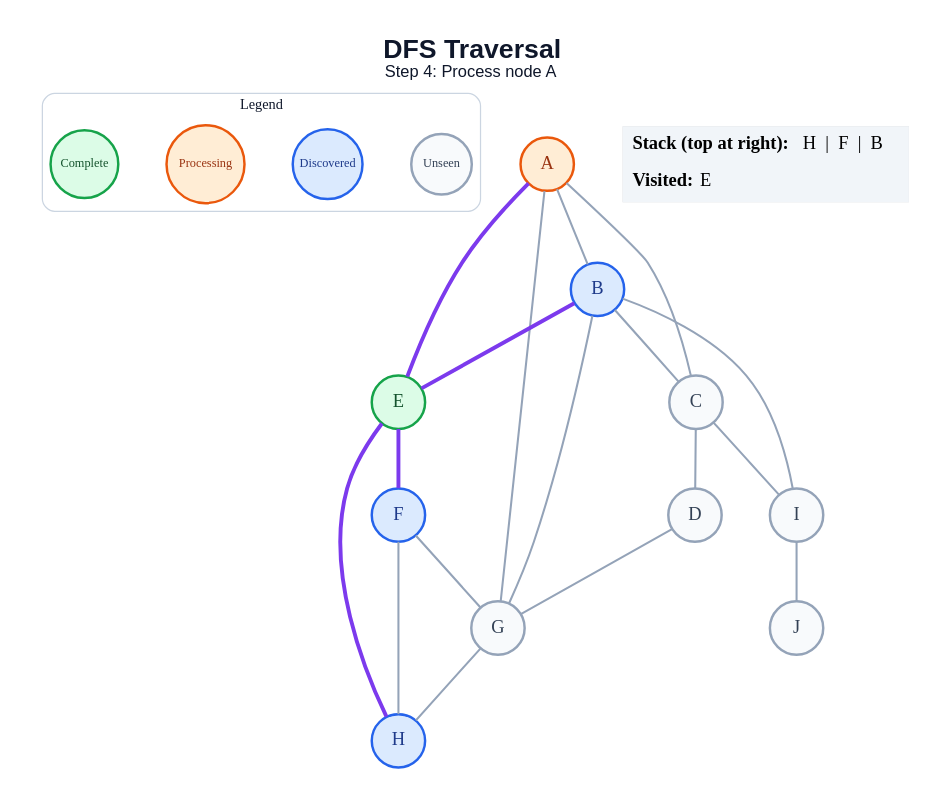
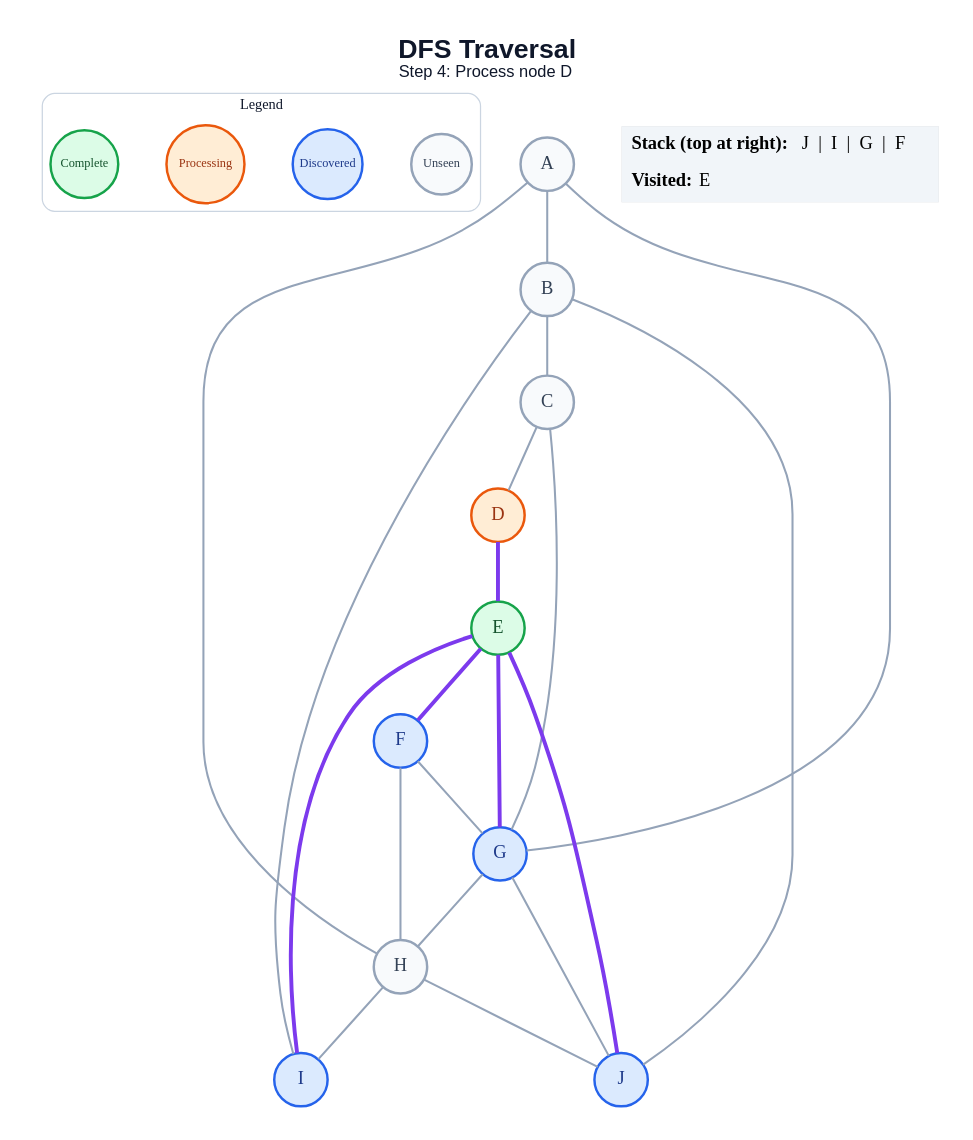
Before and after one commit to anon7238593-create/ai-slop: the diagram in generated/specific-node/dfs/step_04.dot, drawn with Graphviz. The commit also changed 178 other files, not shown here.

```diff
--- a/generated/specific-node/dfs/step_04.dot
+++ b/generated/specific-node/dfs/step_04.dot
@@ -1,46 +1,48 @@
 graph traversal {
   graph [layout=dot, rankdir=TB, bgcolor="#FFFFFF", pad="0.35", nodesep="0.65", ranksep="0.8", fontname="Arial"];
   node [shape=circle, style="filled", fontname="Arial Bold", fontsize=18, width=0.72, fixedsize=true, penwidth=2.4];
   edge [color="#94A3B8", penwidth=2.0];
-  label=<<B>DFS Traversal</B><BR/><FONT POINT-SIZE="16">Step 4: Process node A</FONT>>; labelloc="t"; fontsize=26; fontname="Arial"; fontcolor="#0F172A";
+  label=<<B>DFS Traversal</B><BR/><FONT POINT-SIZE="16">Step 4: Process node D</FONT>>; labelloc="t"; fontsize=26; fontname="Arial"; fontcolor="#0F172A";
   subgraph cluster_legend { label="Legend"; color="#CBD5E1"; penwidth=1.2; style="rounded"; fontsize=14; fontname="Arial Bold";
     key_unseen [label="Unseen", fillcolor="#F8FAFC", color="#94A3B8", fontcolor="#334155", fontsize=12, width=0.82];
     key_frontier [label="Discovered", fillcolor="#DBEAFE", color="#2563EB", fontcolor="#1E3A8A", fontsize=12, width=0.95];
     key_current [label="Processing", fillcolor="#FFEDD5", color="#EA580C", fontcolor="#9A3412", fontsize=12, width=1.05];
     key_done [label="Complete", fillcolor="#DCFCE7", color="#16A34A", fontcolor="#14532D", fontsize=12, width=0.92];
     { rank=same; key_unseen; key_frontier; key_current; key_done; }
   }
-  A [fillcolor="#FFEDD5", color="#EA580C", fontcolor="#9A3412"];
-  B [fillcolor="#DBEAFE", color="#2563EB", fontcolor="#1E3A8A"];
+  A [fillcolor="#F8FAFC", color="#94A3B8", fontcolor="#334155"];
+  B [fillcolor="#F8FAFC", color="#94A3B8", fontcolor="#334155"];
   C [fillcolor="#F8FAFC", color="#94A3B8", fontcolor="#334155"];
-  D [fillcolor="#F8FAFC", color="#94A3B8", fontcolor="#334155"];
+  D [fillcolor="#FFEDD5", color="#EA580C", fontcolor="#9A3412"];
   E [fillcolor="#DCFCE7", color="#16A34A", fontcolor="#14532D"];
   F [fillcolor="#DBEAFE", color="#2563EB", fontcolor="#1E3A8A"];
-  G [fillcolor="#F8FAFC", color="#94A3B8", fontcolor="#334155"];
-  H [fillcolor="#DBEAFE", color="#2563EB", fontcolor="#1E3A8A"];
-  I [fillcolor="#F8FAFC", color="#94A3B8", fontcolor="#334155"];
-  J [fillcolor="#F8FAFC", color="#94A3B8", fontcolor="#334155"];
+  G [fillcolor="#DBEAFE", color="#2563EB", fontcolor="#1E3A8A"];
+  H [fillcolor="#F8FAFC", color="#94A3B8", fontcolor="#334155"];
+  I [fillcolor="#DBEAFE", color="#2563EB", fontcolor="#1E3A8A"];
+  J [fillcolor="#DBEAFE", color="#2563EB", fontcolor="#1E3A8A"];
   A -- B;
-  A -- C;
-  A -- E [color="#7C3AED", penwidth=3.8];
   A -- G;
+  A -- H;
   B -- C;
-  B -- E [color="#7C3AED", penwidth=3.8];
-  B -- G;
   B -- I;
+  B -- J;
   C -- D;
-  C -- I;
-  D -- G;
+  C -- G;
+  D -- E [color="#7C3AED", penwidth=3.8];
   E -- F [color="#7C3AED", penwidth=3.8];
-  E -- H [color="#7C3AED", penwidth=3.8];
+  E -- G [color="#7C3AED", penwidth=3.8];
+  E -- I [color="#7C3AED", penwidth=3.8];
+  E -- J [color="#7C3AED", penwidth=3.8];
   F -- G;
   F -- H;
   G -- H;
-  I -- J;
+  G -- J;
+  H -- I;
+  H -- J;
   status [shape=plain, fixedsize=false, width=0, height=0, margin=0, label=<
     <TABLE BORDER="0" CELLBORDER="0" CELLPADDING="7" BGCOLOR="#F1F5F9">
-      <TR><TD ALIGN="LEFT"><B>Stack (top at right):</B> H  |  F  |  B</TD></TR>
+      <TR><TD ALIGN="LEFT"><B>Stack (top at right):</B> J  |  I  |  G  |  F</TD></TR>
       <TR><TD ALIGN="LEFT"><B>Visited:</B> E</TD></TR>
     </TABLE>
   >];
 }
```
